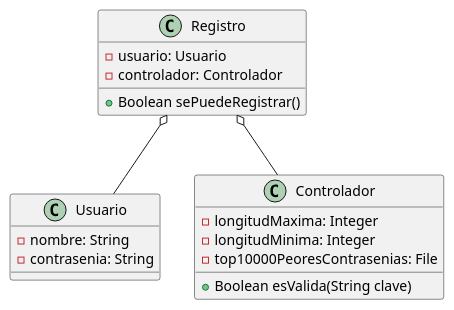
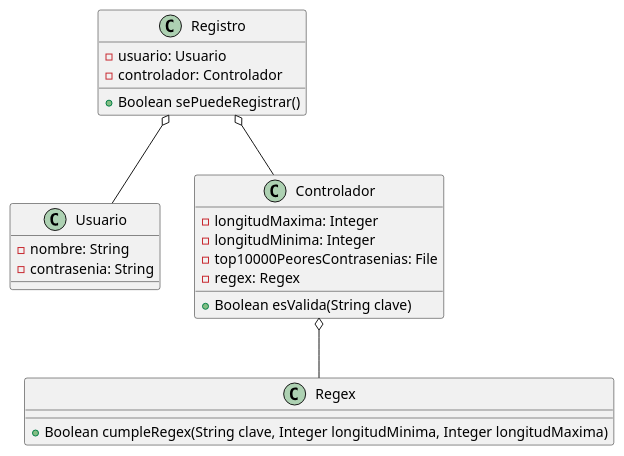
Before and after one commit to santymendez/tp-dds-2024: the diagram in diagrams/validadorContraseñas/diagrama-clases.puml, drawn with PlantUML. The commit also changed 9 other files, not shown here.

```diff
--- a/diagrams/validadorContraseñas/diagrama-clases.puml
+++ b/diagrams/validadorContraseñas/diagrama-clases.puml
@@ -1,26 +1,32 @@
 @startuml
 
 class Registro {
    -usuario: Usuario
    -controlador: Controlador
 
    +Boolean sePuedeRegistrar()
 }
 
 class Usuario {
    -nombre: String
    -contrasenia: String
 }
 
 class Controlador {
     -longitudMaxima: Integer
     -longitudMinima: Integer
     -top10000PeoresContrasenias: File
+    -regex: Regex
 
     +Boolean esValida(String clave)
 }
 
+class Regex {
+    +Boolean cumpleRegex(String clave, Integer longitudMinima, Integer longitudMaxima)
+}
+
 Registro o-- Usuario
 Registro o-- Controlador
+Controlador o-- Regex
 
 @enduml
```
